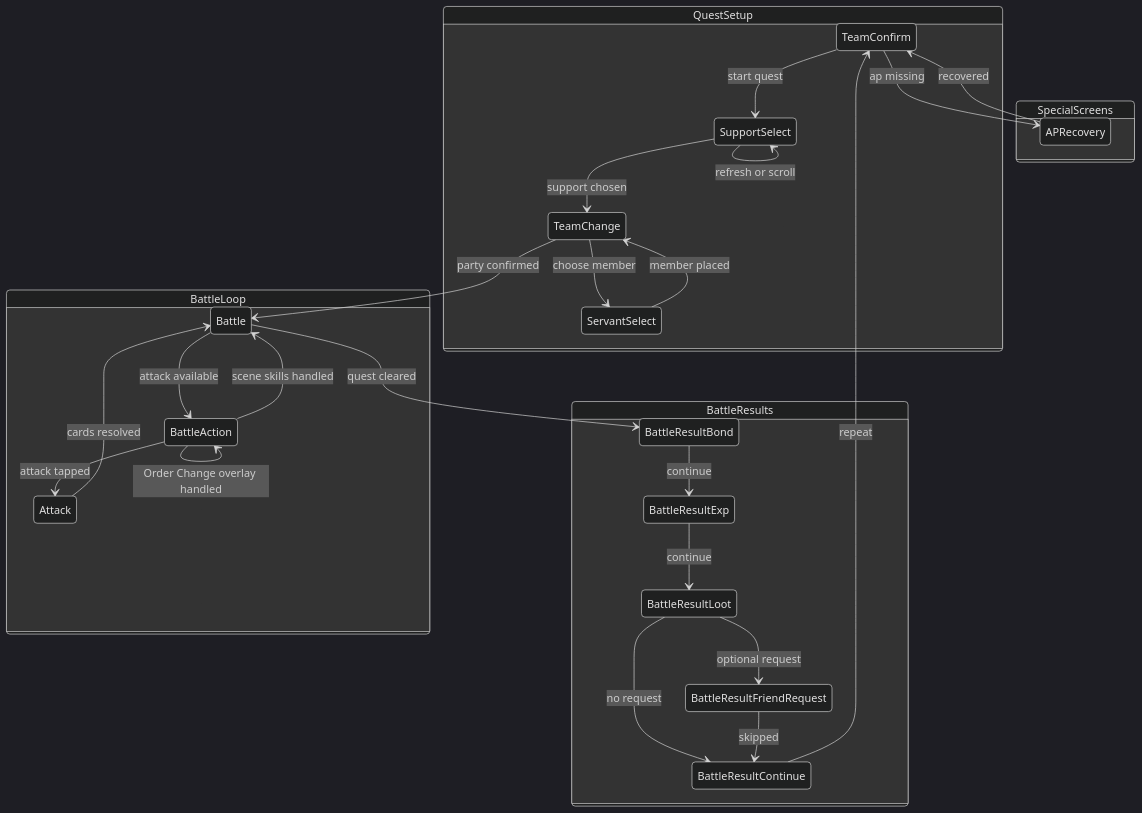
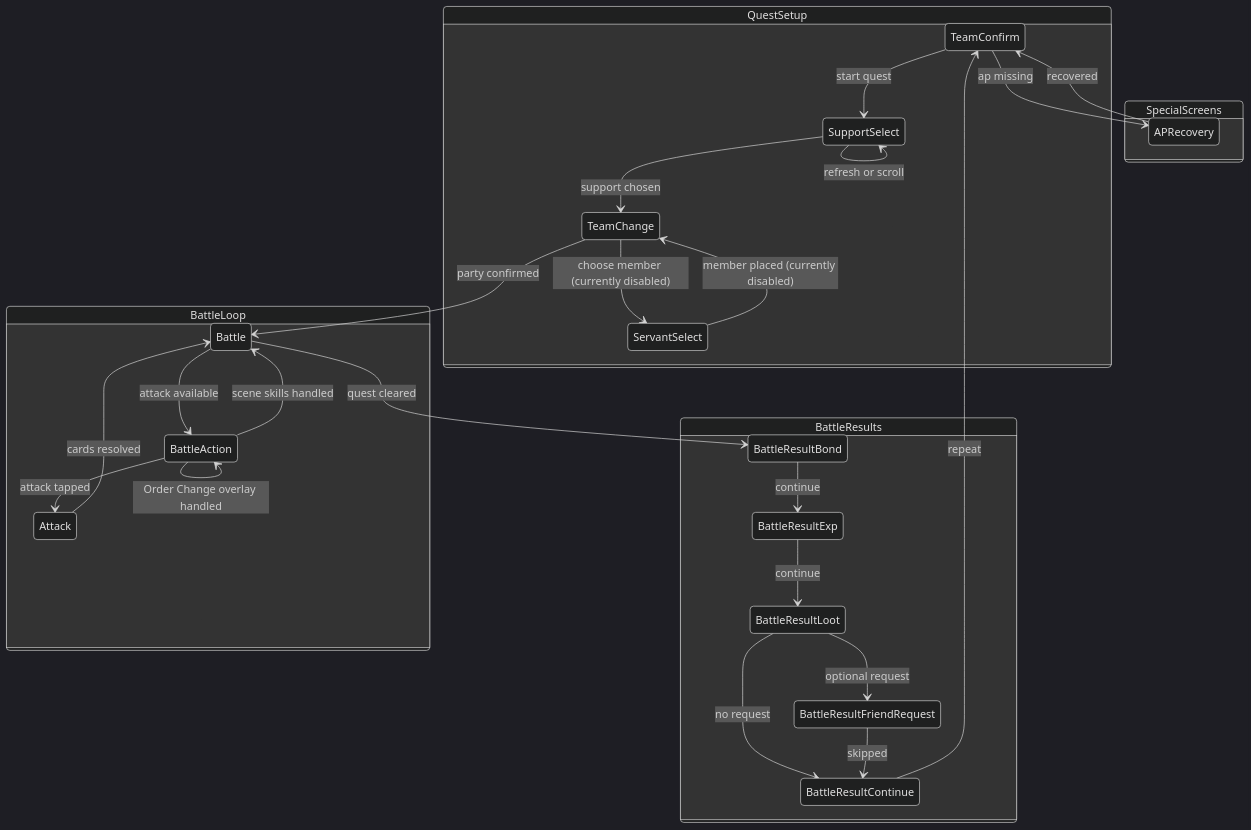
One commit to ZaiZheTingDun/mash-app changed the diagram in docs/state-machines/battle-automation.md. Above: the diagram before and after it, drawn with Mermaid (dark theme). The commit also changed other lines of this file and 2 other files, not shown here.

Commit message:
feat: update grand battle runner flow

````diff
--- a/docs/state-machines/battle-automation.md
+++ b/docs/state-machines/battle-automation.md
@@ -7,51 +7,51 @@
 ```mermaid
 stateDiagram-v2
     state QuestSetup {
         TeamConfirm
         SupportSelect
         TeamChange
         ServantSelect
     }
 
     state BattleLoop {
         Battle
         BattleAction
         Attack
     }
 
     state BattleResults {
         BattleResultBond
         BattleResultExp
         BattleResultLoot
         BattleResultFriendRequest
         BattleResultContinue
     }
 
     state SpecialScreens {
         APRecovery
     }
 
     TeamConfirm --> SupportSelect: start quest
     SupportSelect --> TeamChange: support chosen
     SupportSelect --> SupportSelect: refresh or scroll
-    TeamChange --> ServantSelect: choose member
-    ServantSelect --> TeamChange: member placed
+    TeamChange --> ServantSelect: choose member (currently disabled)
+    ServantSelect --> TeamChange: member placed (currently disabled)
     TeamChange --> Battle: party confirmed
 
     Battle --> BattleAction: attack available
     BattleAction --> Battle: scene skills handled
     BattleAction --> BattleAction: Order Change overlay handled
     BattleAction --> Attack: attack tapped
     Attack --> Battle: cards resolved
 
     Battle --> BattleResultBond: quest cleared
     BattleResultBond --> BattleResultExp: continue
     BattleResultExp --> BattleResultLoot: continue
     BattleResultLoot --> BattleResultFriendRequest: optional request
     BattleResultLoot --> BattleResultContinue: no request
     BattleResultFriendRequest --> BattleResultContinue: skipped
 
     BattleResultContinue --> TeamConfirm: repeat
     TeamConfirm --> APRecovery: ap missing
     APRecovery --> TeamConfirm: recovered
 ```
````
